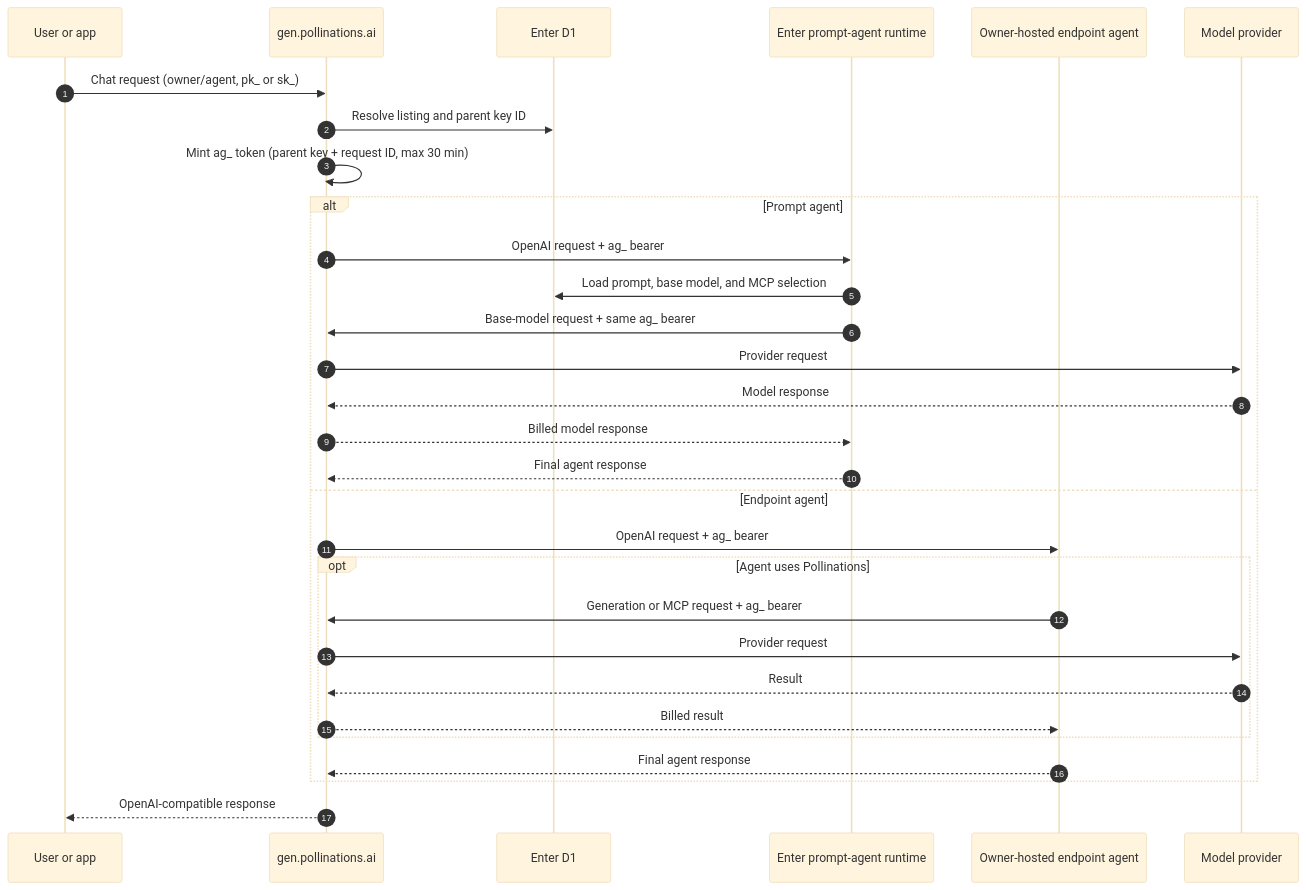
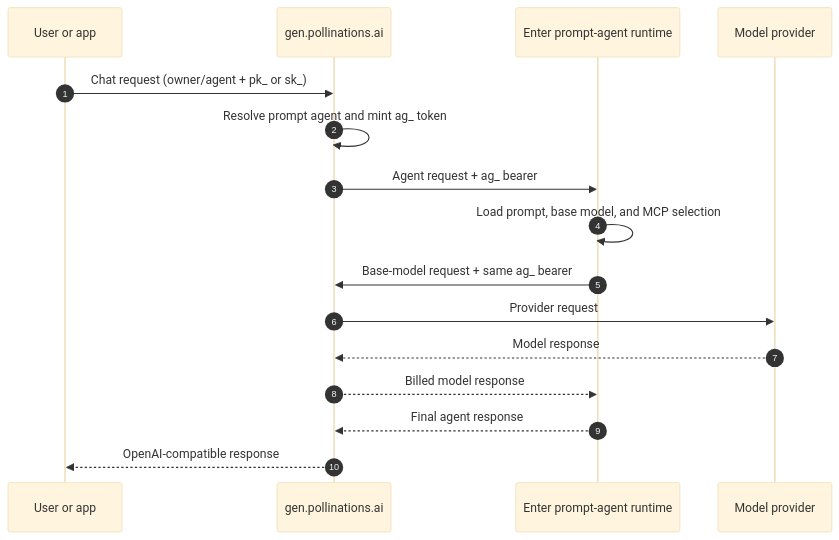
One commit to pollinations/pollinations changed the first of 4 diagrams in AGENTS_AND_MCP.md. Above: the diagram before and after it, drawn with Mermaid (base theme). The commit also changed other lines of this file, not shown here.

Commit message:
docs: simplify agent architecture diagrams

````diff
--- a/AGENTS_AND_MCP.md
+++ b/AGENTS_AND_MCP.md
@@ -42,33 +43,19 @@
 ```mermaid
 sequenceDiagram
     autonumber
-    participant User as User or app
+    participant Caller as User or app
     participant Gen as gen.pollinations.ai
-    participant DB as Enter D1
-    participant Hosted as Enter prompt-agent runtime
-    participant External as Owner-hosted endpoint agent
+    participant Runtime as Enter prompt-agent runtime
     participant Model as Model provider
 
-    User->>Gen: Chat request (owner/agent, pk_ or sk_)
-    Gen->>DB: Resolve listing and parent key ID
-    Gen->>Gen: Mint ag_ token (parent key + request ID, max 30 min)
-    alt Prompt agent
-        Gen->>Hosted: OpenAI request + ag_ bearer
-        Hosted->>DB: Load prompt, base model, and MCP selection
-        Hosted->>Gen: Base-model request + same ag_ bearer
-        Gen->>Model: Provider request
-        Model-->>Gen: Model response
-        Gen-->>Hosted: Billed model response
-        Hosted-->>Gen: Final agent response
-    else Endpoint agent
-        Gen->>External: OpenAI request + ag_ bearer
-        opt Agent uses Pollinations
-            External->>Gen: Generation or MCP request + ag_ bearer
-            Gen->>Model: Provider request
-            Model-->>Gen: Result
-            Gen-->>External: Billed result
-        end
-        External-->>Gen: Final agent response
-    end
-    Gen-->>User: OpenAI-compatible response
+    Caller->>Gen: Chat request (owner/agent + pk_ or sk_)
+    Gen->>Gen: Resolve prompt agent and mint ag_ token
+    Gen->>Runtime: Agent request + ag_ bearer
+    Runtime->>Runtime: Load prompt, base model, and MCP selection
+    Runtime->>Gen: Base-model request + same ag_ bearer
+    Gen->>Model: Provider request
+    Model-->>Gen: Model response
+    Gen-->>Runtime: Billed model response
+    Runtime-->>Gen: Final agent response
+    Gen-->>Caller: OpenAI-compatible response
 ```
````
